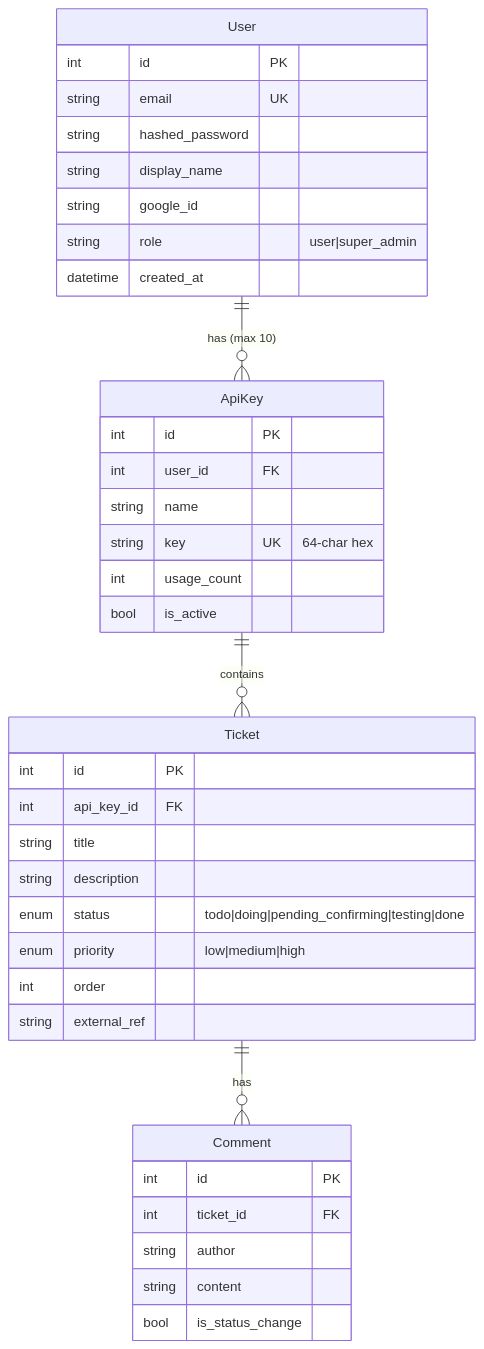
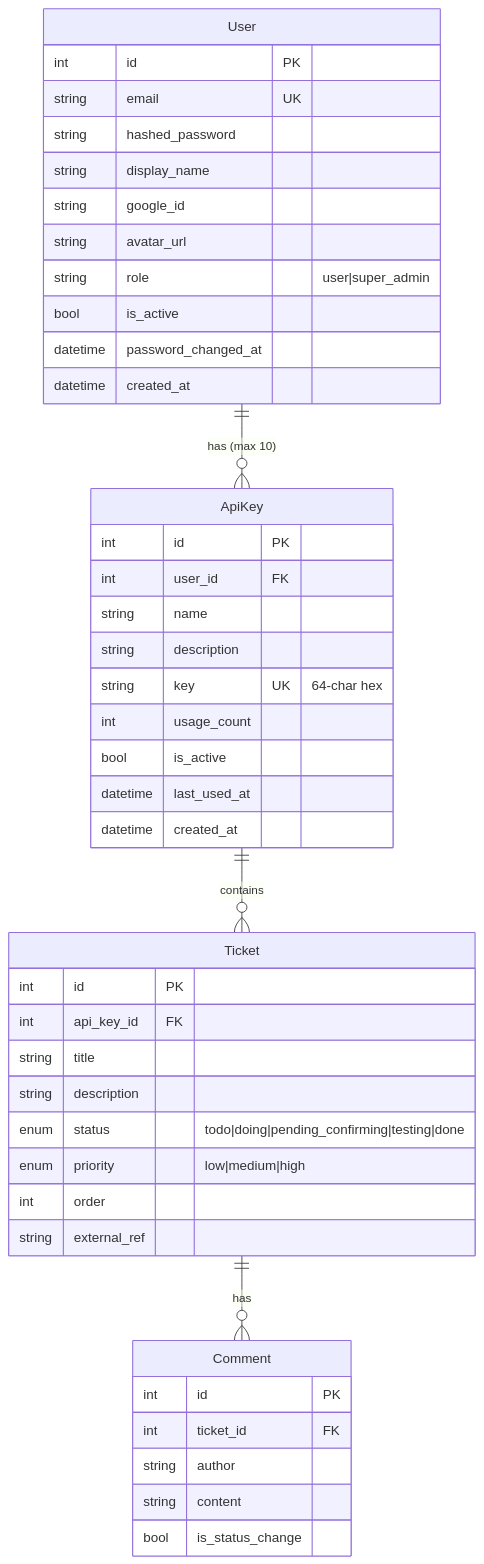
Before and after one commit to osisdie/vibe-kanban: the second of 2 diagrams in README.md, drawn with Mermaid. The commit also changed other lines of this file and 33 other files, not shown here.

Commit message:
feat: admin actions, user profile, password reset, dark mode, avatar dropdown

````diff
--- a/README.md
+++ b/README.md
@@ -87,44 +117,50 @@
 ```mermaid
 erDiagram
     User ||--o{ ApiKey : "has (max 10)"
     ApiKey ||--o{ Ticket : contains
     Ticket ||--o{ Comment : has
 
     User {
         int id PK
         string email UK
         string hashed_password
         string display_name
         string google_id
+        string avatar_url
         string role "user|super_admin"
+        bool is_active
+        datetime password_changed_at
         datetime created_at
     }
 
     ApiKey {
         int id PK
         int user_id FK
         string name
+        string description
         string key UK "64-char hex"
         int usage_count
         bool is_active
+        datetime last_used_at
+        datetime created_at
     }
 
     Ticket {
         int id PK
         int api_key_id FK
         string title
         string description
         enum status "todo|doing|pending_confirming|testing|done"
         enum priority "low|medium|high"
         int order
         string external_ref
     }
 
     Comment {
         int id PK
         int ticket_id FK
         string author
         string content
         bool is_status_change
     }
 ```
````
